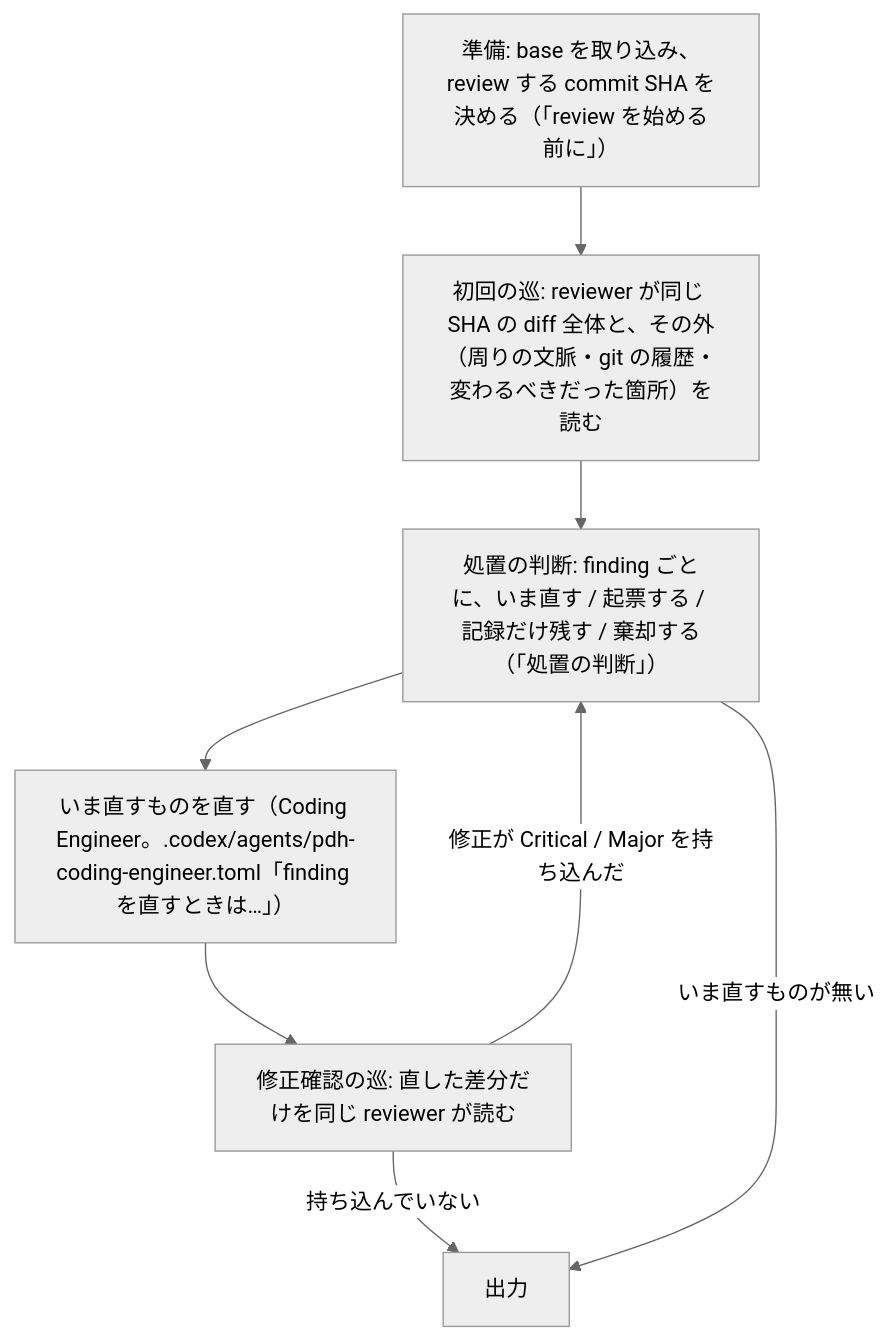
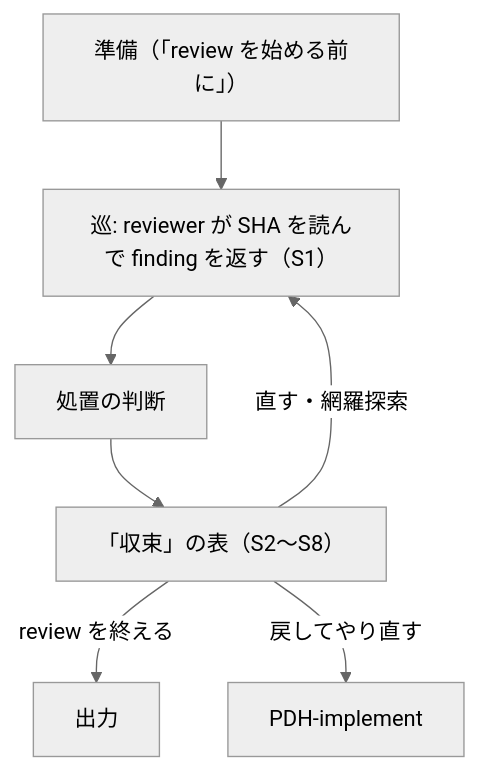
The diagram in codex/skills/pdh-review/SKILL.md (masuidrive/pdh), drawn with Mermaid (neutral theme) before and after one commit. The commit also changed other lines of this file and 14 other files, not shown here.

First line of the commit message:
pdh-review: «収束» を番号付きの分岐の表にし、通算 3 巡で前提の見直しへ止める

````diff
--- a/codex/skills/pdh-review/SKILL.md
+++ b/codex/skills/pdh-review/SKILL.md
@@ -24,10 +24,9 @@
 ```mermaid
 flowchart TD
-  prep["準備: base を取り込み、review する commit SHA を決める（「review を始める前に」）"] --> first["初回の巡: reviewer が同じ SHA の diff 全体と、その外（周りの文脈・git の履歴・変わるべきだった箇所）を読む"]
-  first --> triage["処置の判断: finding ごとに、いま直す / 起票する / 記録だけ残す / 棄却する（「処置の判断」）"]
-  triage --> fix["いま直すものを直す（Coding Engineer。.codex/agents/pdh-coding-engineer.toml「finding を直すときは…」）"]
-  fix --> again["修正確認の巡: 直した差分だけを同じ reviewer が読む"]
-  again -- 修正が Critical / Major を持ち込んだ --> triage
-  again -- 持ち込んでいない --> out["出力"]
-  triage -- いま直すものが無い --> out
+  prep["準備（「review を始める前に」）"] --> round["巡: reviewer が SHA を読んで finding を返す（S1）"]
+  round --> triage["処置の判断"]
+  triage --> conv["「収束」の表（S2〜S8）"]
+  conv -- 直す・網羅探索 --> round
+  conv -- review を終える --> out["出力"]
+  conv -- 戻してやり直す --> impl["PDH-implement"]
 ```
````
